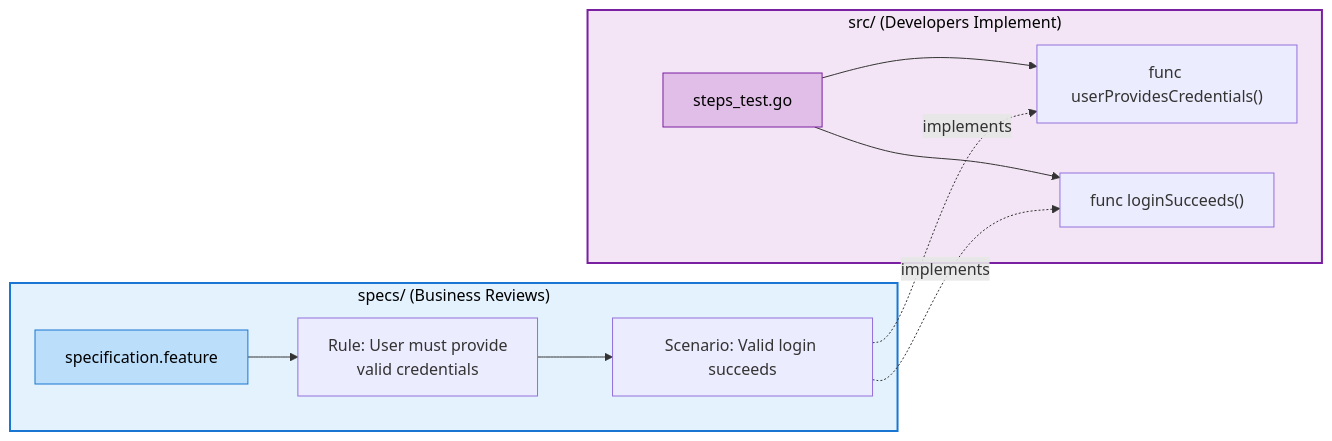
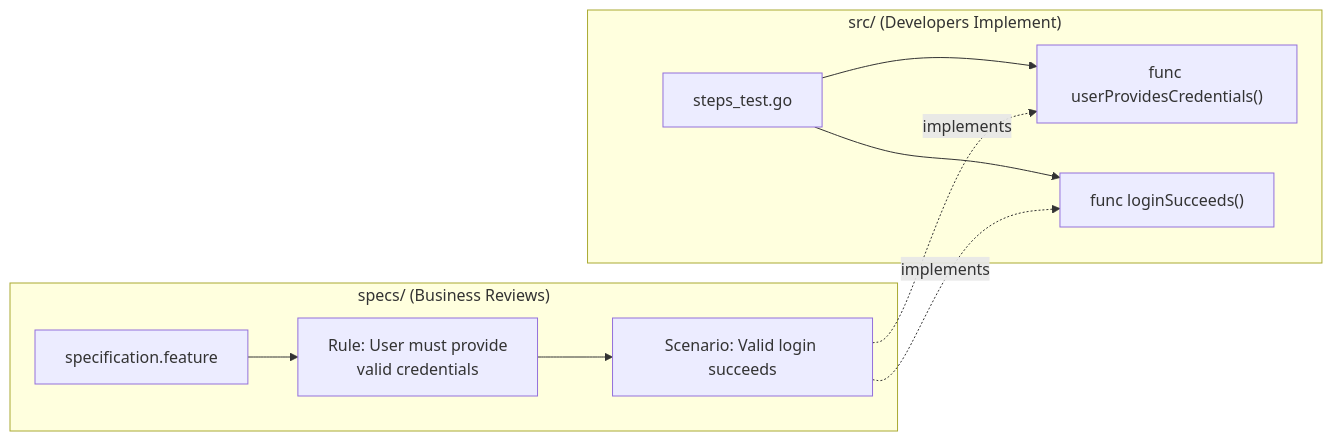
Before and after one commit to ready-to-release/eac: the first of 2 diagrams in docs/explanation/specifications/working-with-specifications.md, drawn with Mermaid. The commit also changed other lines of this file and 28 other files, not shown here.

````diff
--- a/docs/explanation/specifications/working-with-specifications.md
+++ b/docs/explanation/specifications/working-with-specifications.md
@@ -37,28 +37,24 @@
 ```mermaid
 flowchart LR
     subgraph Specs["specs/ (Business Reviews)"]
         SpecFile["specification.feature"]
         Rule["Rule: User must provide<br/>valid credentials"]
         Scenario["Scenario: Valid login succeeds"]
 
         SpecFile --> Rule
         Rule --> Scenario
     end
 
     subgraph Src["src/ (Developers Implement)"]
         Steps["steps_test.go"]
         Func1["func userProvidesCredentials()"]
         Func2["func loginSucceeds()"]
 
         Steps --> Func1
         Steps --> Func2
     end
 
     Scenario -.implements.-> Func1
     Scenario -.implements.-> Func2
 
-    style Specs fill:#e3f2fd,stroke:#1976d2,stroke-width:2px,color:#000
-    style Src fill:#f3e5f5,stroke:#7b1fa2,stroke-width:2px,color:#000
-    style SpecFile fill:#bbdefb,stroke:#1976d2,color:#000
-    style Steps fill:#e1bee7,stroke:#7b1fa2,color:#000
 ```
````
